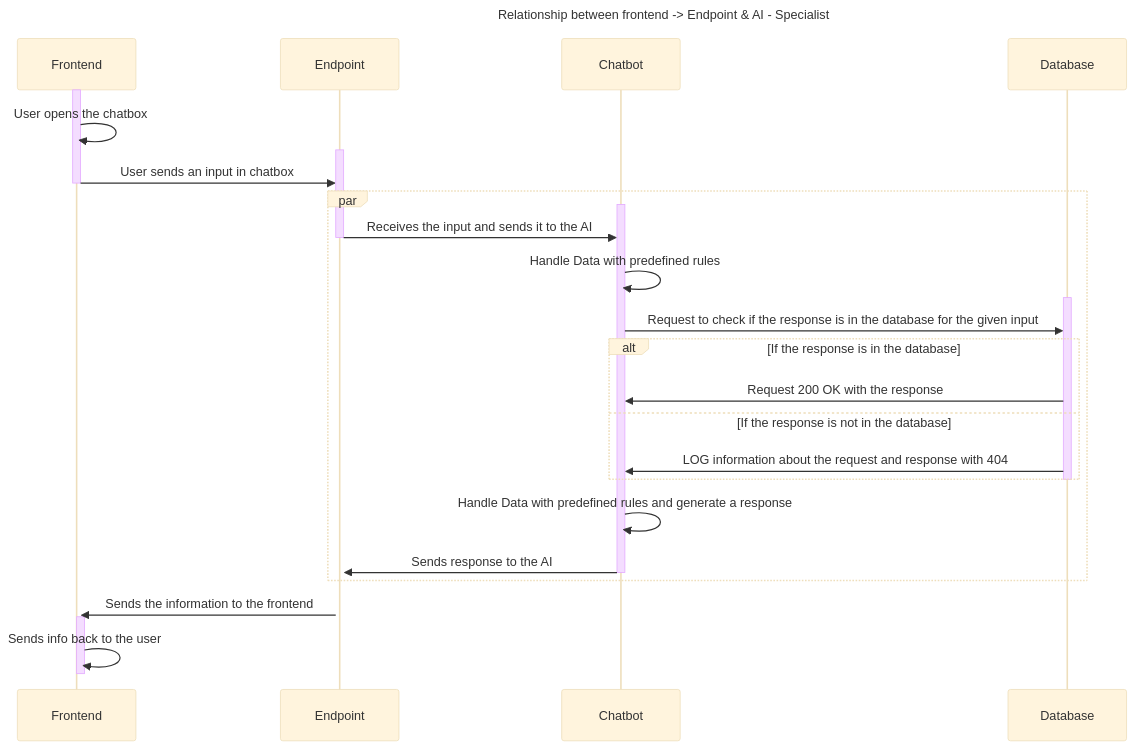
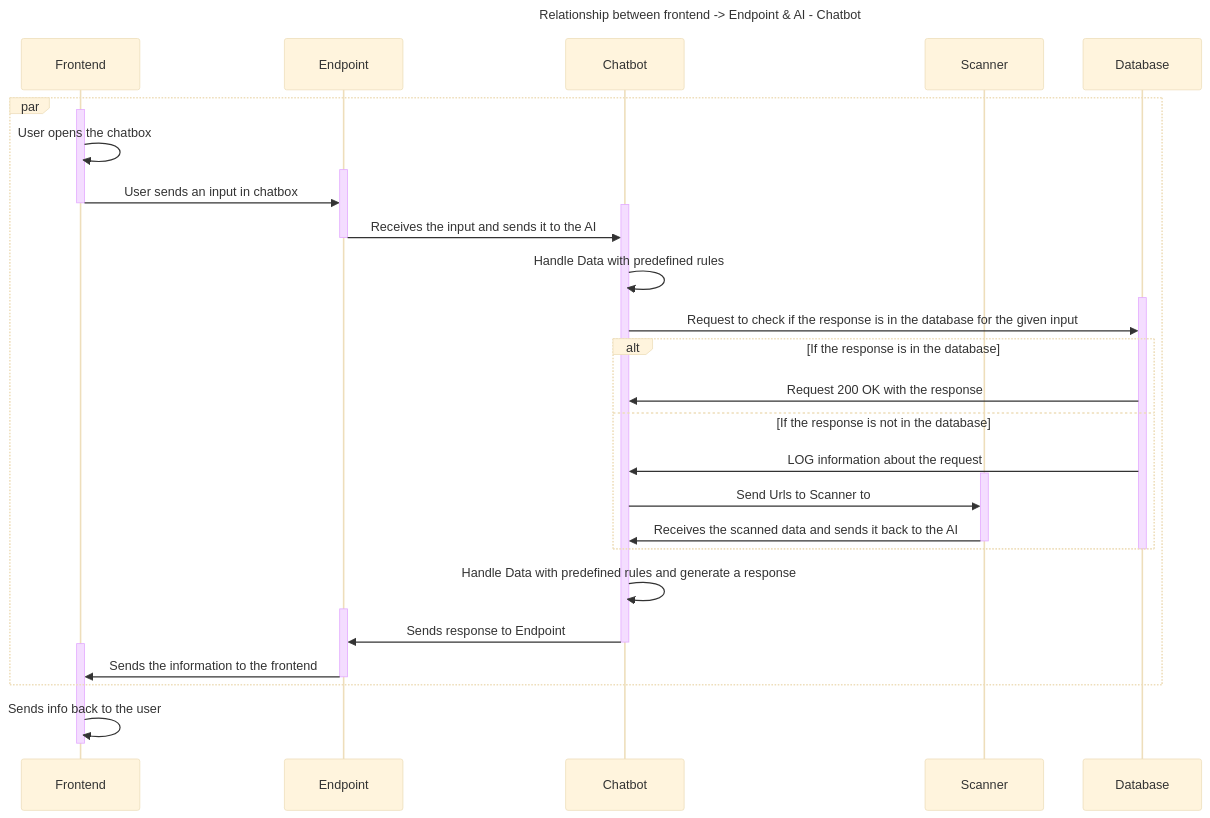
One commit to NexusWeave/webapp-Portfolio changed the diagram in backend/lib/services/specialist/docs/specialist-sequenceDiagram.md. Above: the diagram before and after it, drawn with Mermaid (base theme). The commit also changed 2 other files, not shown here.

Commit message:
docs: update diagrams.

````diff
--- a/backend/lib/services/specialist/docs/specialist-sequenceDiagram.md
+++ b/backend/lib/services/specialist/docs/specialist-sequenceDiagram.md
@@ -1,46 +1,48 @@
 ```mermaid
 ---
-title: Relationship between frontend -> Endpoint & AI - Specialist
+title: Relationship between frontend -> Endpoint & AI - Chatbot
 ---
 sequenceDiagram
     participant FE as Frontend
-    
     participant EP as Endpoint
     participant AI as Chatbot
+    participant SCAN as Scanner
     participant DB as Database
 
-    activate FE
-    FE ->> FE: User opens the chatbox
+    par
+        activate FE
+        FE ->> FE: User opens the chatbox
 
-    activate EP
-    FE ->> EP: User sends an input in chatbox
-    deactivate FE
-    par
+        activate EP
+        FE ->> EP: User sends an input in chatbox
+        deactivate FE
 
-    activate AI
+        activate AI
         EP ->> AI: Receives the input and sends it to the AI
         deactivate EP
         AI ->> AI: Handle Data with predefined rules
 
-    activate DB
+        activate DB
         AI ->> DB: Request to check if the response is in the database for the given input    
         alt If the response is in the database
             DB ->> AI: Request 200 OK with the response
         else If the response is not in the database
-             DB ->> AI: LOG information about the request and response with 404
+             DB ->> AI: LOG information about the request
+             activate SCAN
+            AI ->> SCAN: Send Urls to Scanner to
+            SCAN ->> AI: Receives the scanned data and sends it back to the AI
+            deactivate SCAN
         end
         deactivate DB
         AI ->> AI: Handle Data with predefined rules and generate a response
 
         activate EP
-        AI ->> EP: Sends response to the AI
+        AI ->> EP: Sends response to Endpoint
         deactivate AI
-    end
-        activate EP
         activate FE
         EP->> FE: Sends the information to the frontend
-        activate FE
+        deactivate EP
+    end
         FE ->> FE: Sends info back to the user
         deactivate FE
-
 ```
````
